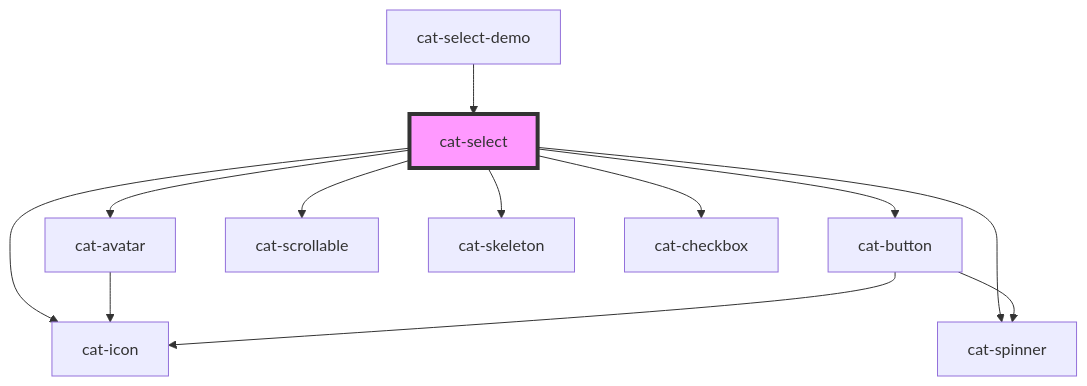
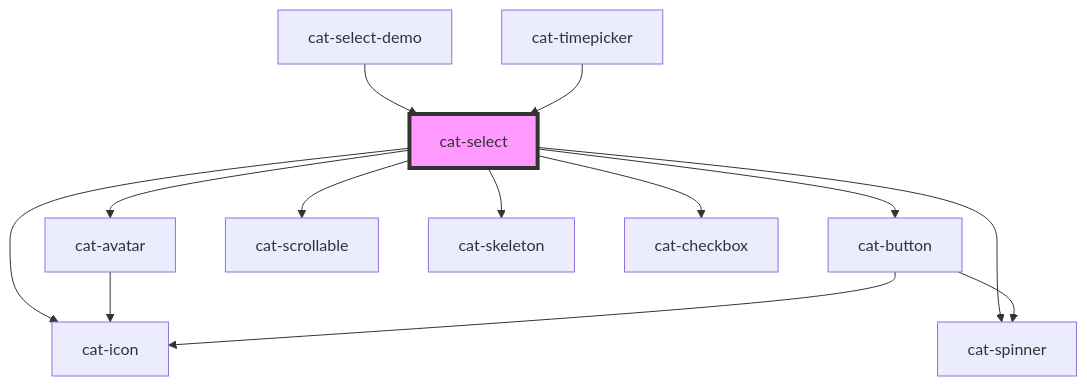
Before and after one commit to haiilo/catalyst: the diagram in core/src/components/cat-select/readme.md, drawn with Mermaid. The commit also changed other lines of this file and 10 other files, not shown here.

Commit message:
feat(core): new cat-timepicker component

````diff
--- a/core/src/components/cat-select/readme.md
+++ b/core/src/components/cat-select/readme.md
@@ -96,15 +97,16 @@
 ```mermaid
 graph TD;
   cat-select --> cat-avatar
   cat-select --> cat-button
   cat-select --> cat-spinner
   cat-select --> cat-icon
   cat-select --> cat-scrollable
   cat-select --> cat-skeleton
   cat-select --> cat-checkbox
   cat-avatar --> cat-icon
   cat-button --> cat-icon
   cat-button --> cat-spinner
   cat-select-demo --> cat-select
+  cat-timepicker --> cat-select
   style cat-select fill:#f9f,stroke:#333,stroke-width:4px
 ```
````
